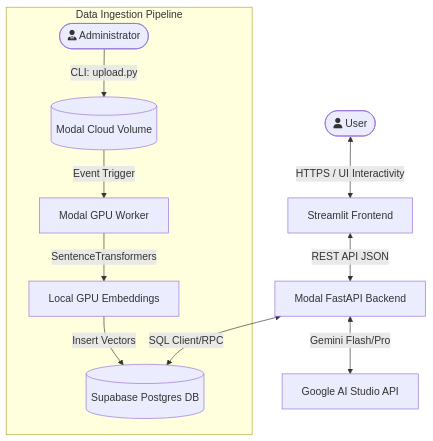
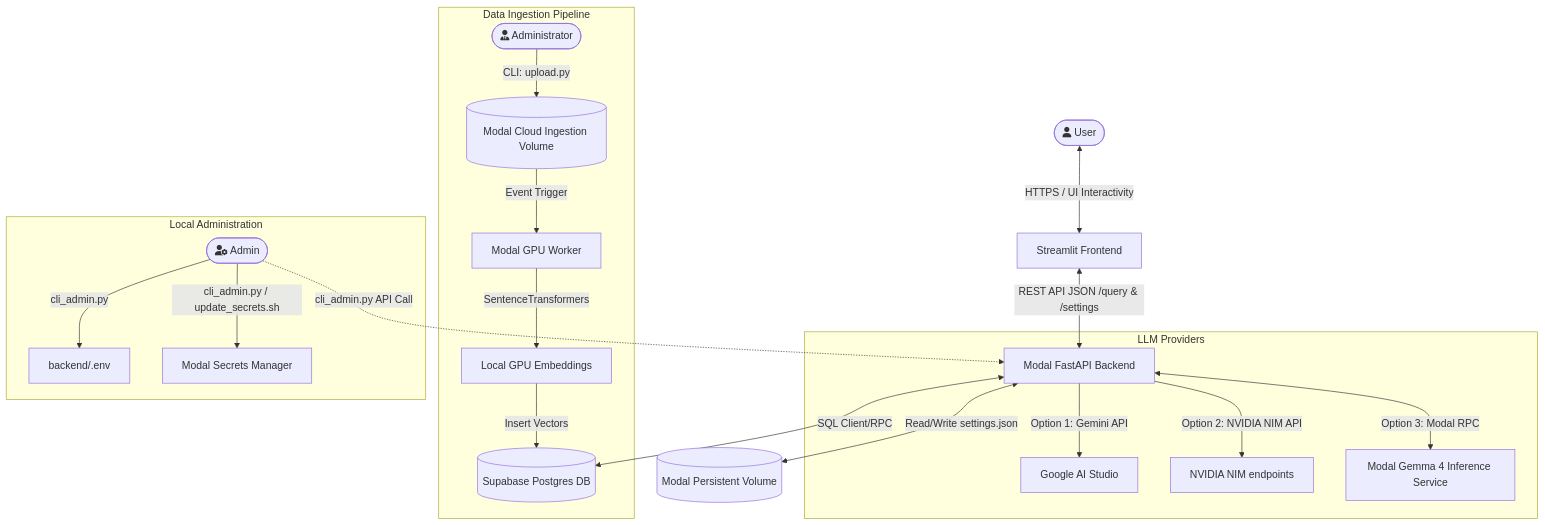
Before and after one commit to BongweKE/acAIcia: the diagram in docs/architecture.md, drawn with Mermaid. The commit also changed other lines of this file and 10 other files, not shown here.

Commit message:
Update to include inference from gemma 4 using modal gpus

````diff
--- a/docs/architecture.md
+++ b/docs/architecture.md
@@ -11,14 +11,31 @@
 ```mermaid
 flowchart TD
     User([fa:fa-user User]) <-->|HTTPS / UI Interactivity| UI[Streamlit Frontend]
-    UI <-->|REST API JSON| API[Modal FastAPI Backend]
+    UI <-->|REST API JSON /query & /settings| API[Modal FastAPI Backend]
     API <-->|SQL Client/RPC| DB[(Supabase Postgres DB)]
-    API <-->|Gemini Flash/Pro| LLM[Google AI Studio API]
     
+    %% Config & Volume
+    API <-->|Read/Write settings.json| Vol[(Modal Persistent Volume)]
+    
+    %% Provider Routing
+    subgraph LLM Providers
+        API -->|Option 1: Gemini API| Gemini[Google AI Studio]
+        API -->|Option 2: NVIDIA NIM API| NIM[NVIDIA NIM endpoints]
+        API <-->|Option 3: Modal RPC| Gemma[Modal Gemma 4 Inference Service]
+    end
+    
+    %% Ingestion
     subgraph Data Ingestion Pipeline
-        Admin([fa:fa-user-tie Administrator]) -->|CLI: upload.py| Vol[(Modal Cloud Volume)]
-        Vol -->|Event Trigger| Worker[Modal GPU Worker]
+        IngestAdmin([fa:fa-user-tie Administrator]) -->|CLI: upload.py| IngestVol[(Modal Cloud Ingestion Volume)]
+        IngestVol -->|Event Trigger| Worker[Modal GPU Worker]
         Worker -->|SentenceTransformers| LocalEmbed[Local GPU Embeddings]
         LocalEmbed -->|Insert Vectors| DB
     end
+
+    %% CLI Administration
+    subgraph Local Administration
+        Admin([fa:fa-user-cog Admin]) -->|cli_admin.py| Env[backend/.env]
+        Admin -->|cli_admin.py / update_secrets.sh| Secrets[Modal Secrets Manager]
+        Admin -.->|cli_admin.py API Call| API
+    end
 ```
````
